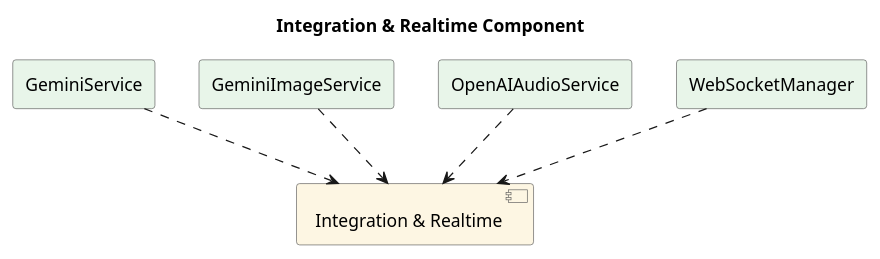
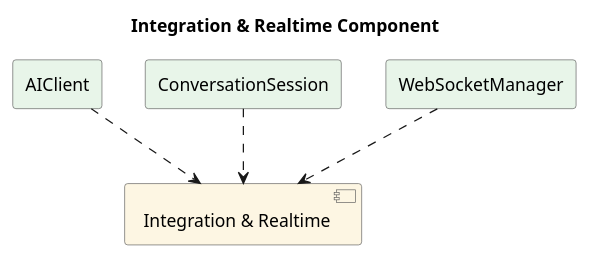
The diagram in SWE_Diagram/component_diagrams/level_3/Integration_Realtime_component.puml (UOS2025SWE/MrDaebak), drawn with PlantUML before and after one commit. The commit also changed 26 other files, not shown here.

Commit message:
산출물 다이어그램 및 설명 최종

```diff
--- a/SWE_Diagram/component_diagrams/level_3/Integration_Realtime_component.puml
+++ b/SWE_Diagram/component_diagrams/level_3/Integration_Realtime_component.puml
@@ -1,28 +1,26 @@
 @startuml
 title "Integration & Realtime Component"
 
 skinparam defaultFontName "Malgun Gothic"
 skinparam shadowing false
 skinparam component {
   BackgroundColor #FDF6E3
   BorderColor #555
 }
 skinparam rectangle {
   BackgroundColor #E8F5E9
   BorderColor #555
 }
 
 component "Integration & Realtime" as IntegrationRealtimeComp {
 }
 
-rectangle "GeminiService" as GeminiService
-rectangle "GeminiImageService" as GeminiImageService
-rectangle "OpenAIAudioService" as OpenAIAudioService
+rectangle "AIClient" as AIClient
+rectangle "ConversationSession" as ConversationSession
 rectangle "WebSocketManager" as WebSocketManager
 
-GeminiService ..> IntegrationRealtimeComp
-GeminiImageService ..> IntegrationRealtimeComp
-OpenAIAudioService ..> IntegrationRealtimeComp
+AIClient ..> IntegrationRealtimeComp
+ConversationSession ..> IntegrationRealtimeComp
 WebSocketManager ..> IntegrationRealtimeComp
 
 @enduml
```
